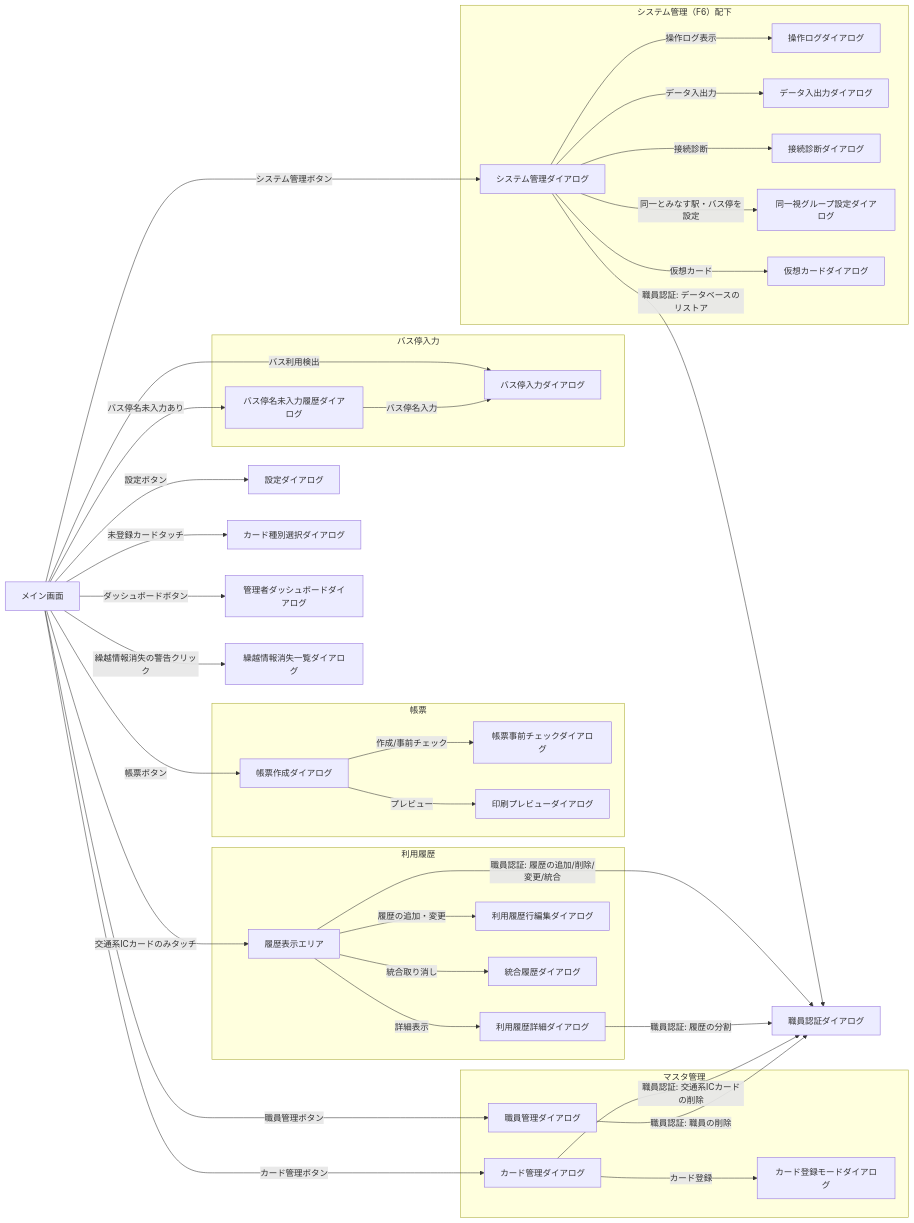
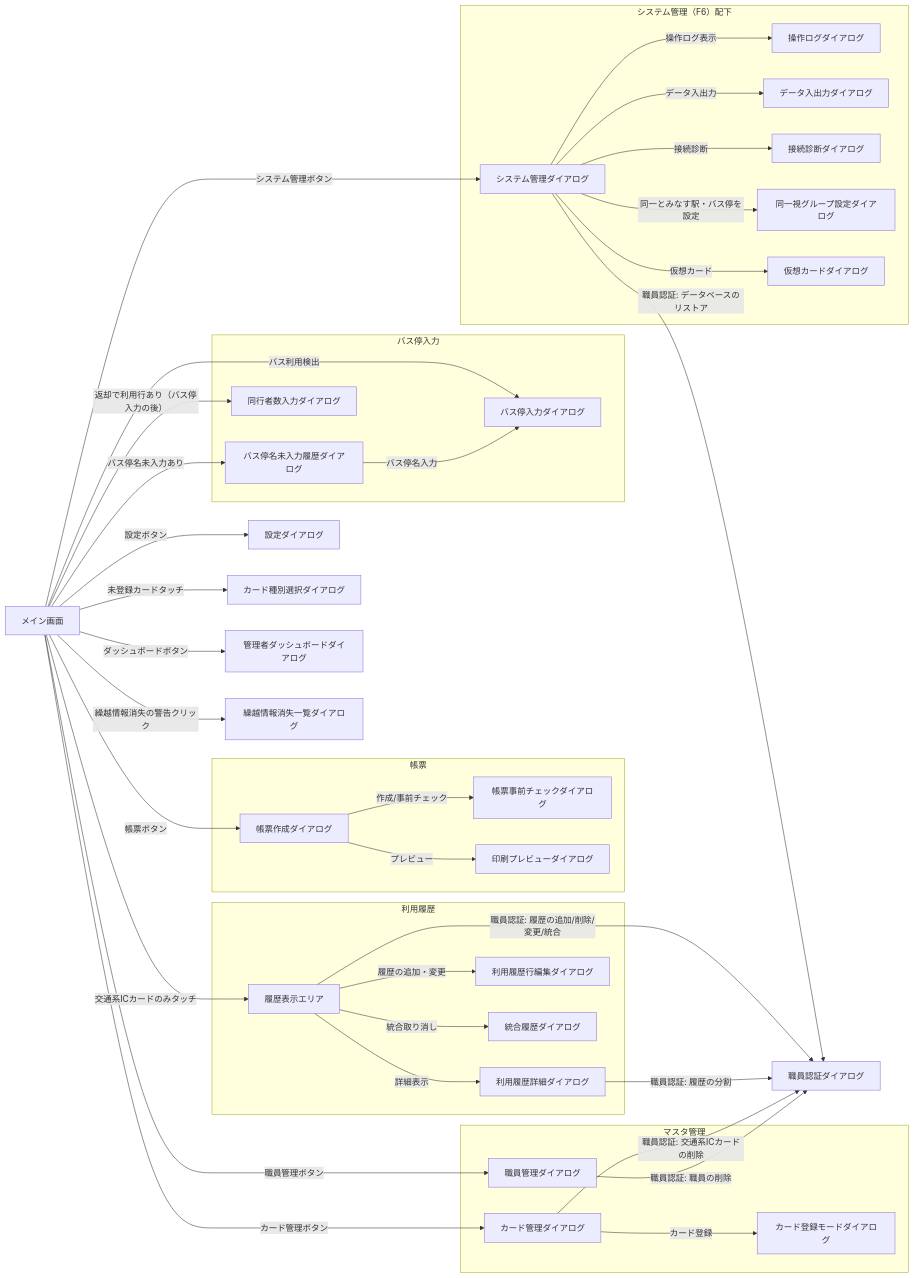
The first of 2 diagrams in ICCardManager/docs/design/03_画面設計書.md (kuwayamamasayuki/ICCardManager), drawn with Mermaid before and after one commit. The commit also changed other lines of this file and 52 other files, not shown here.

````diff
--- a/ICCardManager/docs/design/03_画面設計書.md
+++ b/ICCardManager/docs/design/03_画面設計書.md
@@ -18,74 +18,76 @@
 ```mermaid
 graph LR
     MAIN[メイン画面]
     SETTINGS[設定ダイアログ]
     CARDTYPE[カード種別選択ダイアログ]
     STAFFAUTH[職員認証ダイアログ]
     ADMINDASH[管理者ダッシュボードダイアログ]
 
     subgraph SG_MASTER[マスタ管理]
         STAFF[職員管理ダイアログ]
         CARD[カード管理ダイアログ]
         CARDREGMODE[カード登録モードダイアログ]
     end
 
     subgraph SG_HISTORY[利用履歴]
         HISTORY[履歴表示エリア]
         LEDGERDETAIL[利用履歴詳細ダイアログ]
         LEDGERROWEDIT[利用履歴行編集ダイアログ]
         MERGEHIST[統合履歴ダイアログ]
     end
 
     subgraph SG_REPORT[帳票]
         REPORT[帳票作成ダイアログ]
         PREFLIGHT[帳票事前チェックダイアログ]
         PREVIEW[印刷プレビューダイアログ]
     end
 
     subgraph SG_BUSSTOP[バス停入力]
         BUSSTOP[バス停入力ダイアログ]
         INCBUSSTOP[バス停名未入力履歴ダイアログ]
+        COMPANION[同行者数入力ダイアログ]
     end
 
     CARRYLOSS[繰越情報消失一覧ダイアログ]
 
     subgraph SG_SYSTEM[システム管理（F6）配下]
         SYSMGMT[システム管理ダイアログ]
         OPLOG[操作ログダイアログ]
         DATAEXIMP[データ入出力ダイアログ]
         DIAG[接続診断ダイアログ]
         TSGROUP[同一視グループ設定ダイアログ]
         VIRTUALCARD[仮想カードダイアログ]
     end
 
     MAIN -->|職員管理ボタン| STAFF
     MAIN -->|カード管理ボタン| CARD
     MAIN -->|設定ボタン| SETTINGS
     MAIN -->|帳票ボタン| REPORT
     MAIN -->|システム管理ボタン| SYSMGMT
     MAIN -->|ダッシュボードボタン| ADMINDASH
     MAIN -->|交通系ICカードのみタッチ| HISTORY
     MAIN -->|バス利用検出| BUSSTOP
+    MAIN -->|返却で利用行あり（バス停入力の後）| COMPANION
     MAIN -->|未登録カードタッチ| CARDTYPE
     MAIN -->|バス停名未入力あり| INCBUSSTOP
     MAIN -->|繰越情報消失の警告クリック| CARRYLOSS
 
     CARD -->|カード登録| CARDREGMODE
     HISTORY -->|詳細表示| LEDGERDETAIL
     HISTORY -->|履歴の追加・変更| LEDGERROWEDIT
     HISTORY -->|統合取り消し| MERGEHIST
     REPORT -->|作成/事前チェック| PREFLIGHT
     REPORT -->|プレビュー| PREVIEW
     INCBUSSTOP -->|バス停名入力| BUSSTOP
     SYSMGMT -->|操作ログ表示| OPLOG
     SYSMGMT -->|データ入出力| DATAEXIMP
     SYSMGMT -->|接続診断| DIAG
     SYSMGMT -->|同一とみなす駅・バス停を設定| TSGROUP
     SYSMGMT -->|仮想カード| VIRTUALCARD
 
     CARD -->|職員認証: 交通系ICカードの削除| STAFFAUTH
     STAFF -->|職員認証: 職員の削除| STAFFAUTH
     HISTORY -->|職員認証: 履歴の追加/削除/変更/統合| STAFFAUTH
     LEDGERDETAIL -->|職員認証: 履歴の分割| STAFFAUTH
     SYSMGMT -->|職員認証: データベースのリストア| STAFFAUTH
 ```
````
